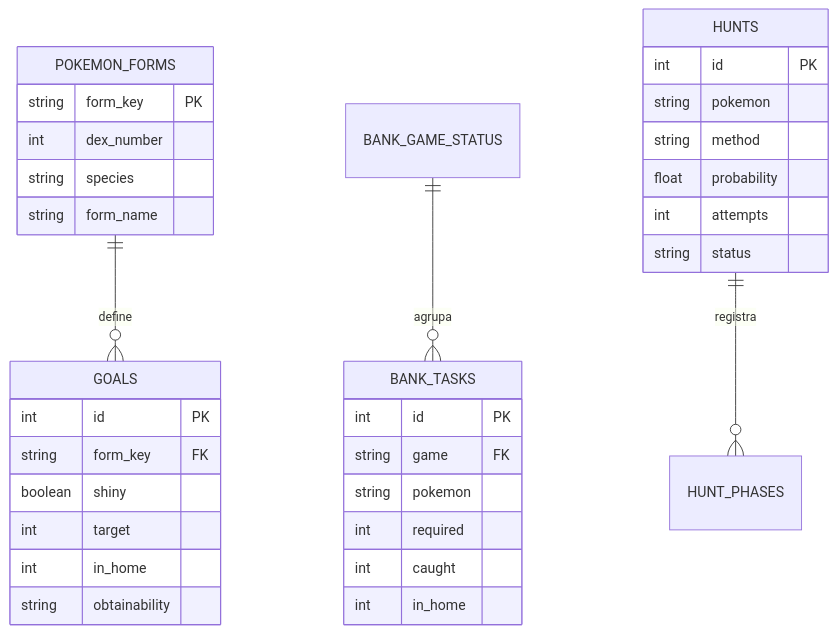
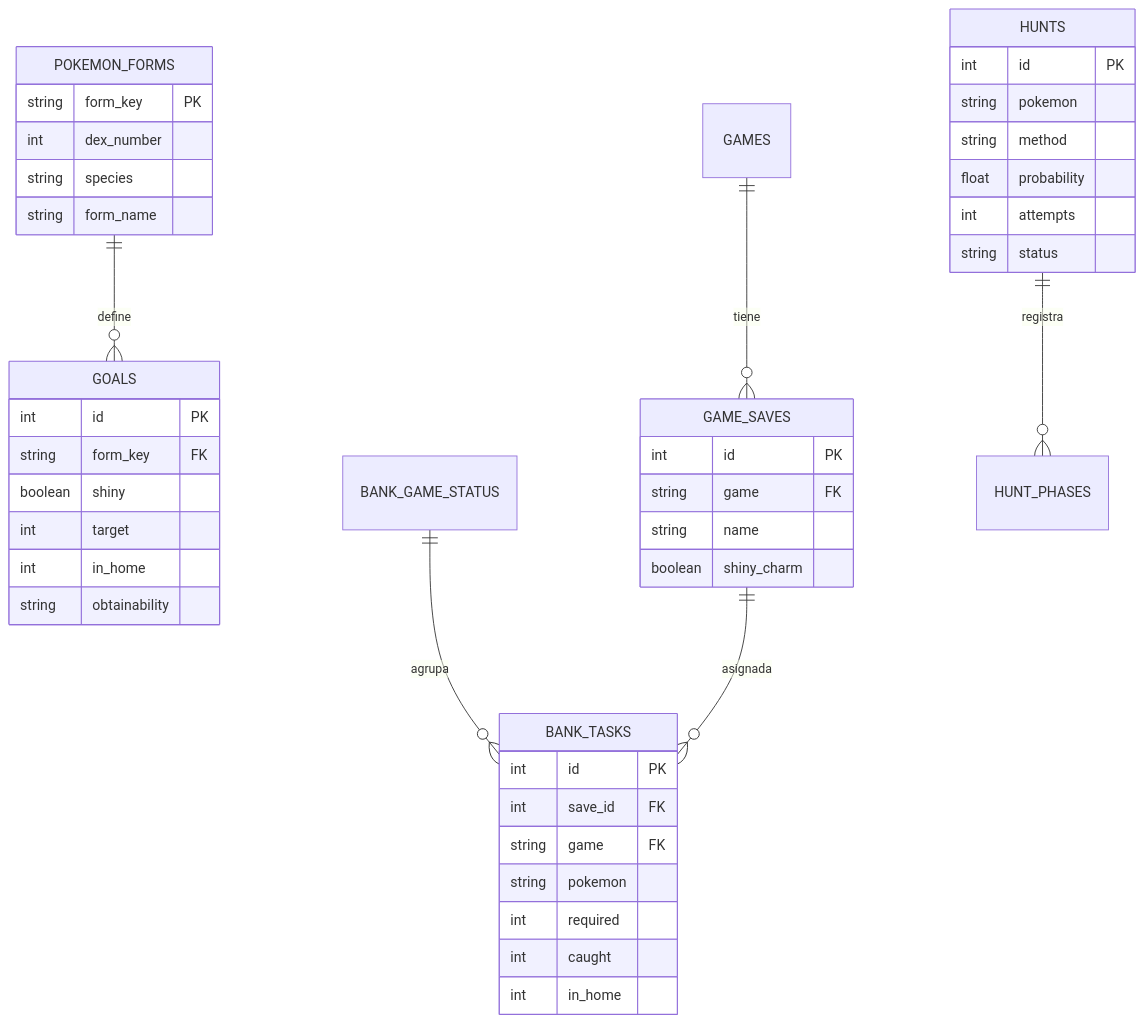
Before and after one commit to Facundo-Maier/OptPoke: the diagram in docs/ARQUITECTURA.md, drawn with Mermaid. The commit also changed other lines of this file and 12 other files, not shown here.

Commit message:
feat(v0.2): collapsible navigation and per-game save profiles for Bank

````diff
--- a/docs/ARQUITECTURA.md
+++ b/docs/ARQUITECTURA.md
@@ -14,36 +14,45 @@
 ```mermaid
 erDiagram
   POKEMON_FORMS ||--o{ GOALS : define
   BANK_GAME_STATUS ||--o{ BANK_TASKS : agrupa
+  GAMES ||--o{ GAME_SAVES : tiene
+  GAME_SAVES ||--o{ BANK_TASKS : asignada
   HUNTS ||--o{ HUNT_PHASES : registra
   POKEMON_FORMS {
     string form_key PK
     int dex_number
     string species
     string form_name
   }
   GOALS {
     int id PK
     string form_key FK
     boolean shiny
     int target
     int in_home
     string obtainability
   }
+  GAME_SAVES {
+    int id PK
+    string game FK
+    string name
+    boolean shiny_charm
+  }
   BANK_TASKS {
     int id PK
+    int save_id FK
     string game FK
     string pokemon
     int required
     int caught
     int in_home
   }
   HUNTS {
     int id PK
     string pokemon
     string method
     float probability
     int attempts
     string status
   }
 ```
````
